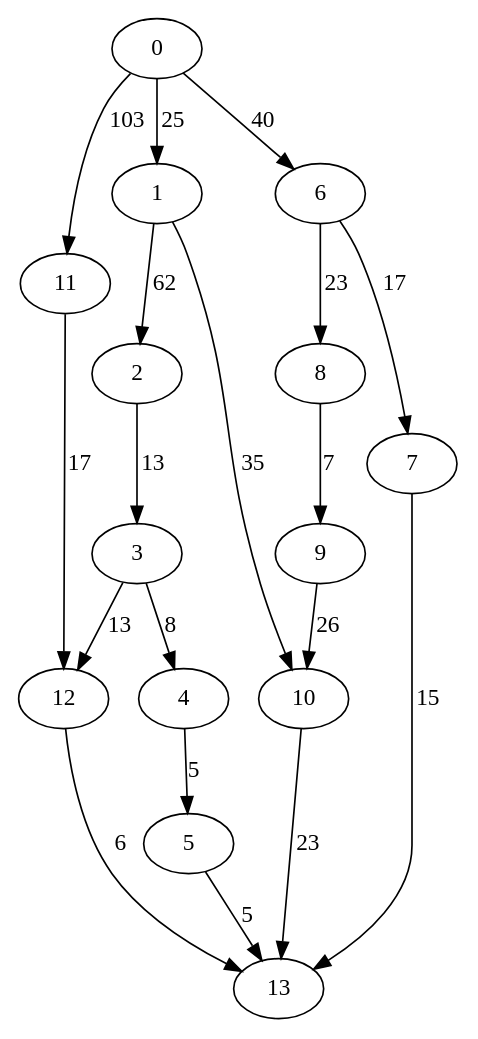
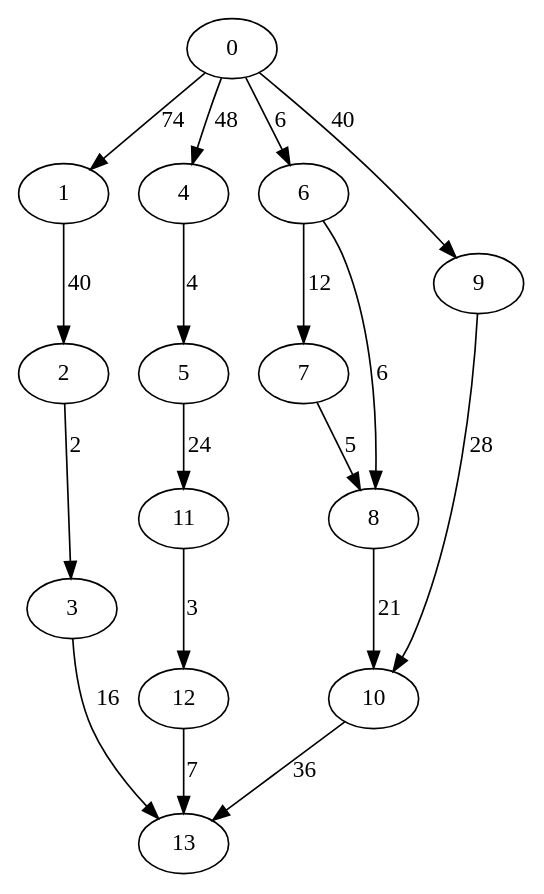
Before and after one commit to asaloniti/DagScheduling_old: the diagram in dotfiles/data7.dot, drawn with Graphviz. The commit also changed 26 other files, not shown here.

```diff
--- a/dotfiles/data7.dot
+++ b/dotfiles/data7.dot
@@ -1,20 +1,19 @@
 digraph data7 {
-0 -> 1 [ label = 25 ];
-0 -> 6 [ label = 40 ];
-0 -> 11 [ label = 103 ];
-1 -> 2 [ label = 62 ];
-1 -> 10 [ label = 35 ];
-2 -> 3 [ label = 13 ];
-3 -> 4 [ label = 8 ];
-3 -> 12 [ label = 13 ];
-4 -> 5 [ label = 5 ];
-5 -> 13 [ label = 5 ];
-6 -> 7 [ label = 17 ];
-6 -> 8 [ label = 23 ];
-7 -> 13 [ label = 15 ];
-8 -> 9 [ label = 7 ];
-9 -> 10 [ label = 26 ];
-10 -> 13 [ label = 23 ];
-11 -> 12 [ label = 17 ];
-12 -> 13 [ label = 6 ];
+0 -> 1 [ label = 74 ];
+0 -> 4 [ label = 48 ];
+0 -> 6 [ label = 6 ];
+0 -> 9 [ label = 40 ];
+1 -> 2 [ label = 40 ];
+2 -> 3 [ label = 2 ];
+3 -> 13 [ label = 16 ];
+4 -> 5 [ label = 4 ];
+5 -> 11 [ label = 24 ];
+6 -> 7 [ label = 12 ];
+6 -> 8 [ label = 6 ];
+7 -> 8 [ label = 5 ];
+8 -> 10 [ label = 21 ];
+9 -> 10 [ label = 28 ];
+10 -> 13 [ label = 36 ];
+11 -> 12 [ label = 3 ];
+12 -> 13 [ label = 7 ];
  }
```
